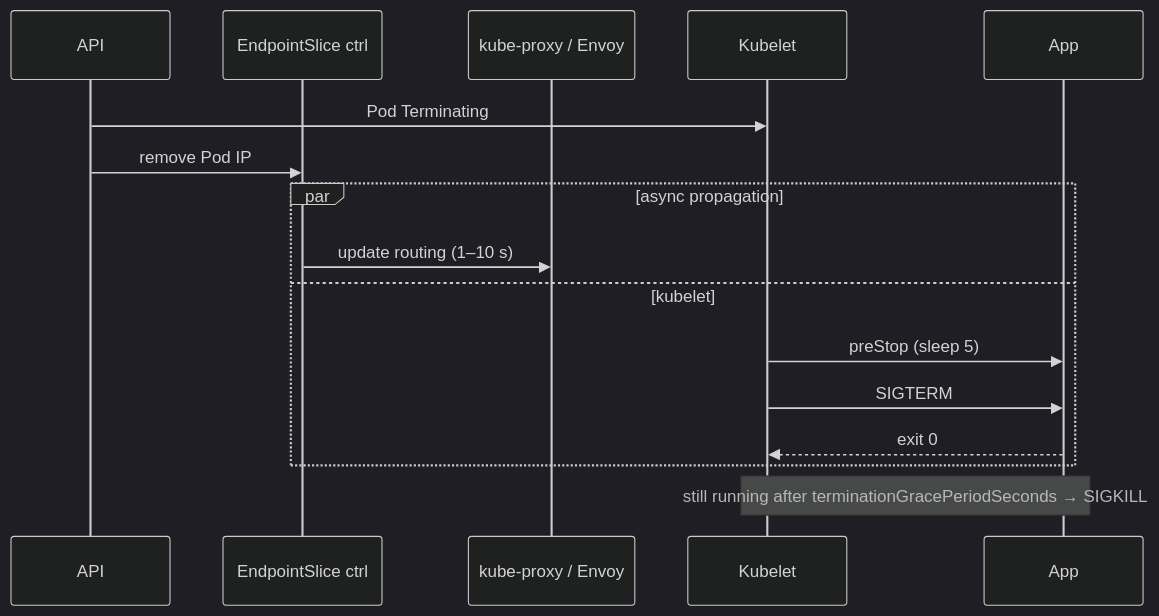
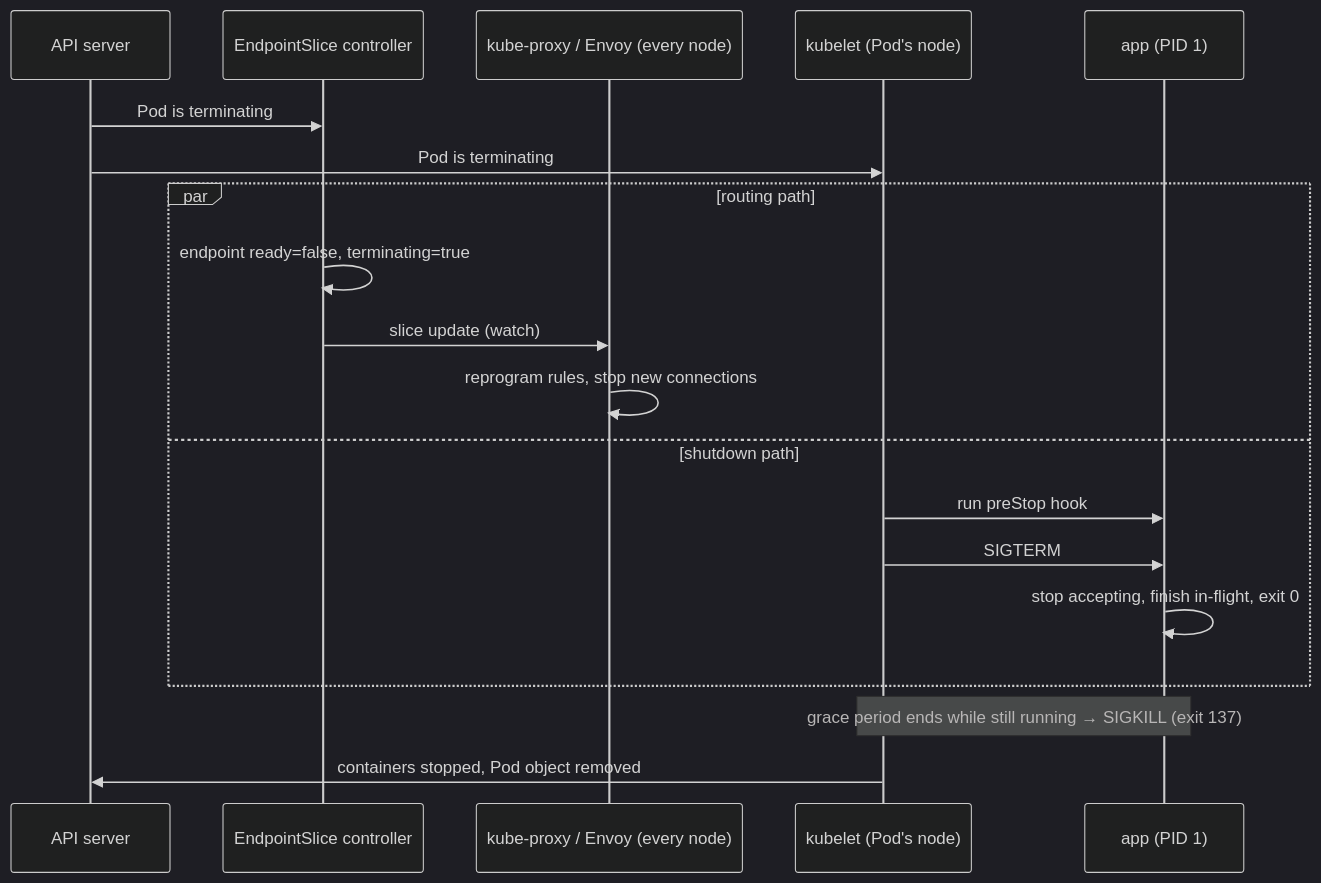
One commit to darshan-raul/apollo11-docs changed the diagram in docs/learn/reliability/termination-and-draining.md. Above: the diagram before and after it, drawn with Mermaid (dark theme). The commit also changed other lines of this file and 7 other files, not shown here.

````diff
--- a/docs/learn/reliability/termination-and-draining.md
+++ b/docs/learn/reliability/termination-and-draining.md
@@ -22,18 +30,21 @@
 ```mermaid
 sequenceDiagram
-  participant API
-  participant EP as EndpointSlice ctrl
-  participant KP as kube-proxy / Envoy
-  participant KL as Kubelet
-  participant App
-  API->>KL: Pod Terminating
-  API->>EP: remove Pod IP
-  par async propagation
-    EP->>KP: update routing (1–10 s)
-  and kubelet
-    KL->>App: preStop (sleep 5)
+  participant API as API server
+  participant ES as EndpointSlice controller
+  participant PX as kube-proxy / Envoy (every node)
+  participant KL as kubelet (Pod's node)
+  participant App as app (PID 1)
+  API->>ES: Pod is terminating
+  API->>KL: Pod is terminating
+  par routing path
+    ES->>ES: endpoint ready=false, terminating=true
+    ES->>PX: slice update (watch)
+    PX->>PX: reprogram rules, stop new connections
+  and shutdown path
+    KL->>App: run preStop hook
     KL->>App: SIGTERM
-    App-->>KL: exit 0
+    App->>App: stop accepting, finish in-flight, exit 0
   end
-  Note over KL,App: still running after terminationGracePeriodSeconds → SIGKILL
+  Note over KL,App: grace period ends while still running → SIGKILL (exit 137)
+  KL->>API: containers stopped, Pod object removed
 ```
````
